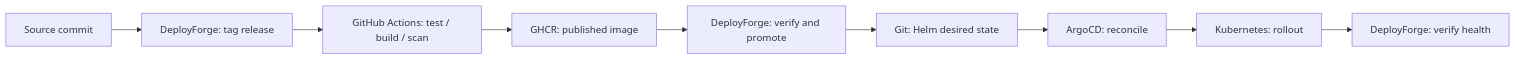
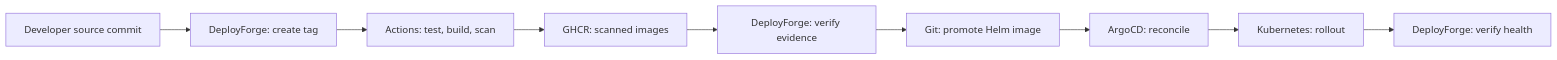
The diagram in README.md (harmohanjeetkaur/deployForge), drawn with Mermaid before and after one commit. The commit also changed other lines of this file and 59 other files, not shown here.

````diff
--- a/README.md
+++ b/README.md
@@ -45,11 +38,11 @@
 ```mermaid
 flowchart LR
-    Developer[Source commit] --> Dashboard[DeployForge: tag release]
-    Dashboard --> CI[GitHub Actions: test / build / scan]
-    CI --> Registry[GHCR: published image]
-    Registry --> Coordinator[DeployForge: verify and promote]
-    Coordinator --> Git[Git: Helm desired state]
+    Source[Developer source commit] --> UI[DeployForge: create tag]
+    UI --> CI[Actions: test, build, scan]
+    CI --> GHCR[GHCR: scanned images]
+    GHCR --> Verify[DeployForge: verify evidence]
+    Verify --> Git[Git: promote Helm image]
     Git --> Argo[ArgoCD: reconcile]
-    Argo --> Cluster[Kubernetes: rollout]
-    Cluster --> Health[DeployForge: verify health]
+    Argo --> K8s[Kubernetes: rollout]
+    K8s --> Health[DeployForge: verify health]
 ```
````
